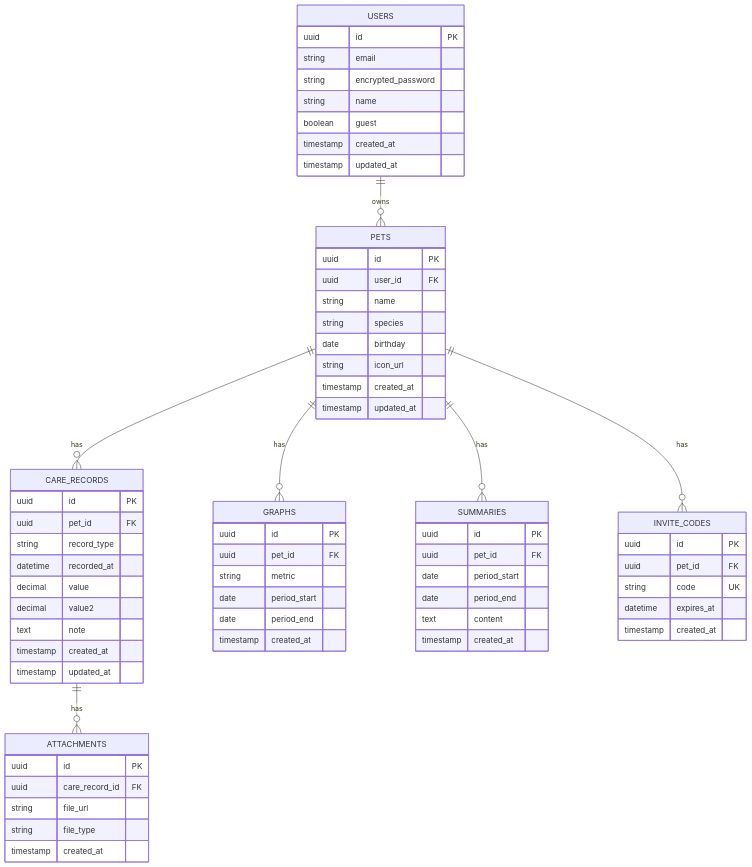
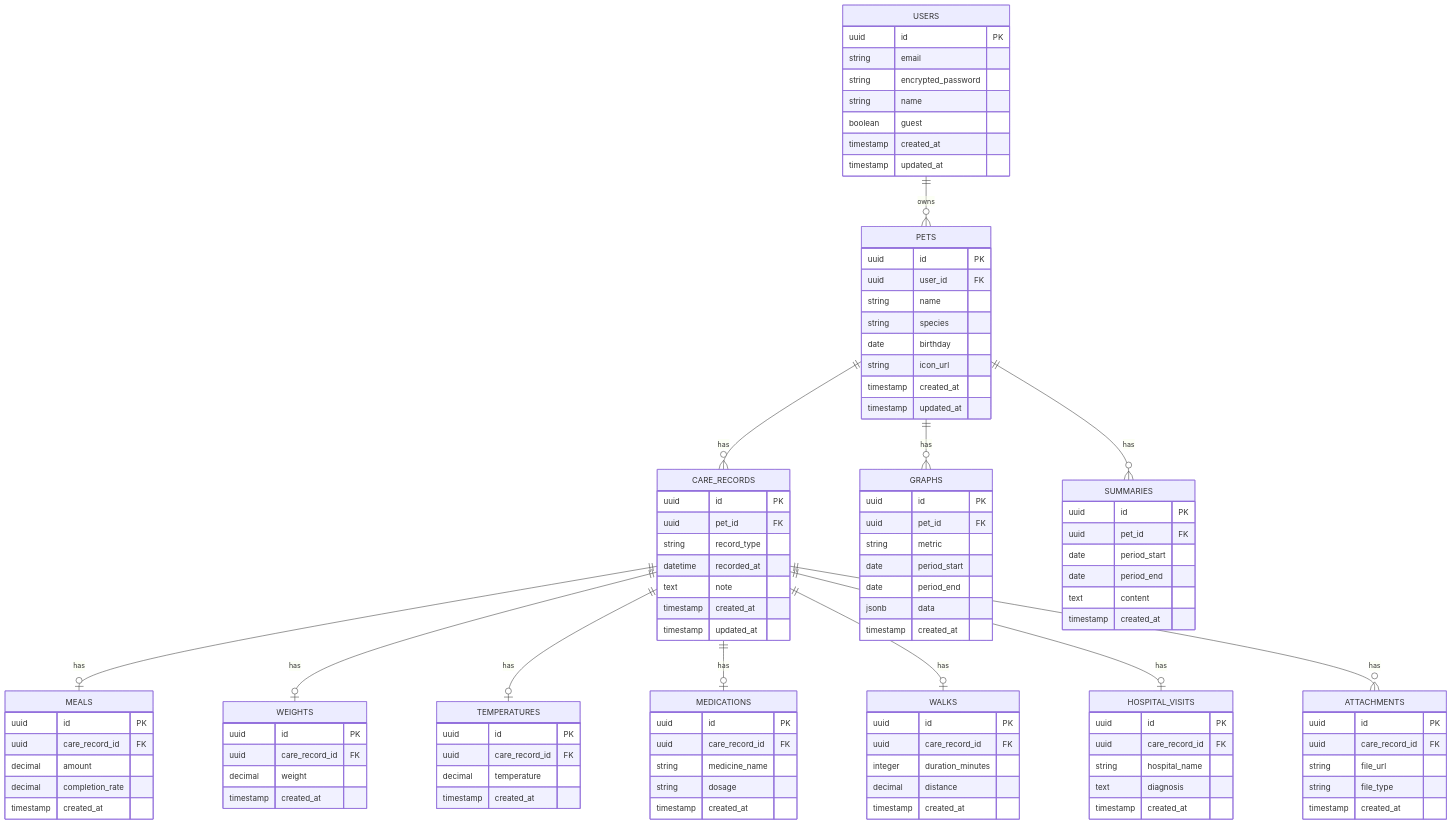
Before and after one commit to mryac-g/pet_health: the diagram in README.md, drawn with Mermaid.

Commit message:
fix: レビュー指摘を反映してER図を修正
- CARE_RECORDSの汎用カラム(record_type/value/value2)を廃止し、記録種別ごとの詳細テーブル(MEALS/WEIGHTS/TEMPERATURES/MEDICATIONS/WALKS/HOSPITAL_VISITS)に分割
- GRAPHSに集計スナップショットを保持するdataカラムを追加
- MVP機能に対応しないINVITE_CODESテーブルを削除

````diff
--- a/README.md
+++ b/README.md
@@ -220,10 +220,15 @@
 erDiagram
   USERS ||--o{ PETS : owns
   PETS ||--o{ CARE_RECORDS : has
+  CARE_RECORDS ||--o| MEALS : has
+  CARE_RECORDS ||--o| WEIGHTS : has
+  CARE_RECORDS ||--o| TEMPERATURES : has
+  CARE_RECORDS ||--o| MEDICATIONS : has
+  CARE_RECORDS ||--o| WALKS : has
+  CARE_RECORDS ||--o| HOSPITAL_VISITS : has
   CARE_RECORDS ||--o{ ATTACHMENTS : has
   PETS ||--o{ GRAPHS : has
   PETS ||--o{ SUMMARIES : has
-  PETS ||--o{ INVITE_CODES : has
 
   USERS {
     uuid id PK
@@ -251,11 +256,55 @@
     uuid pet_id FK
     string record_type
     datetime recorded_at
-    decimal value
-    decimal value2
     text note
     timestamp created_at
     timestamp updated_at
+  }
+
+  MEALS {
+    uuid id PK
+    uuid care_record_id FK
+    decimal amount
+    decimal completion_rate
+    timestamp created_at
+  }
+
+  WEIGHTS {
+    uuid id PK
+    uuid care_record_id FK
+    decimal weight
+    timestamp created_at
+  }
+
+  TEMPERATURES {
+    uuid id PK
+    uuid care_record_id FK
+    decimal temperature
+    timestamp created_at
+  }
+
+  MEDICATIONS {
+    uuid id PK
+    uuid care_record_id FK
+    string medicine_name
+    string dosage
+    timestamp created_at
+  }
+
+  WALKS {
+    uuid id PK
+    uuid care_record_id FK
+    integer duration_minutes
+    decimal distance
+    timestamp created_at
+  }
+
+  HOSPITAL_VISITS {
+    uuid id PK
+    uuid care_record_id FK
+    string hospital_name
+    text diagnosis
+    timestamp created_at
   }
 
   ATTACHMENTS {
@@ -272,6 +321,7 @@
     string metric
     date period_start
     date period_end
+    jsonb data
     timestamp created_at
   }
 
@@ -283,12 +333,4 @@
     text content
     timestamp created_at
   }
-
-  INVITE_CODES {
-    uuid id PK
-    uuid pet_id FK
-    string code UK
-    datetime expires_at
-    timestamp created_at
-  }
 ```
````
